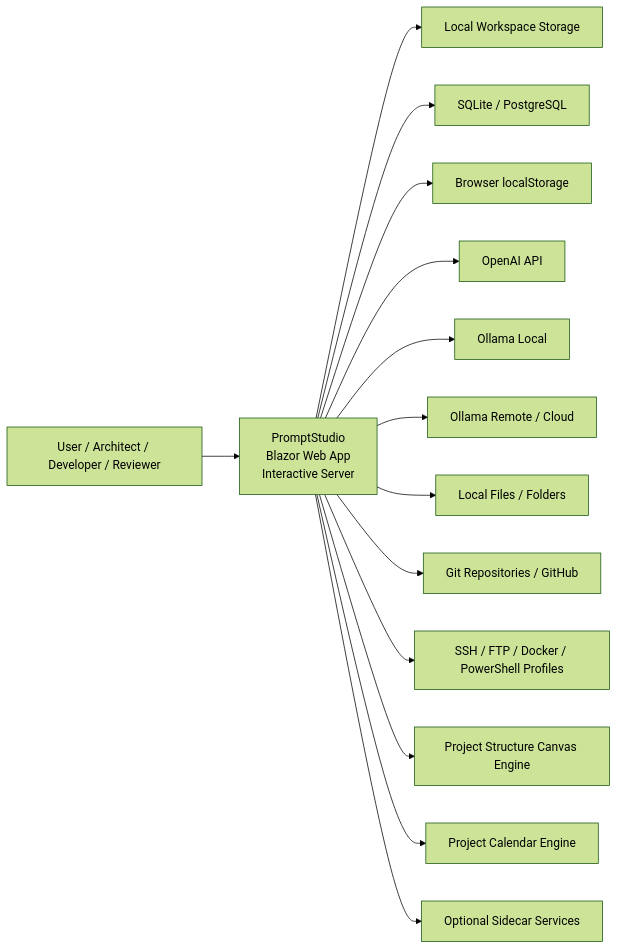
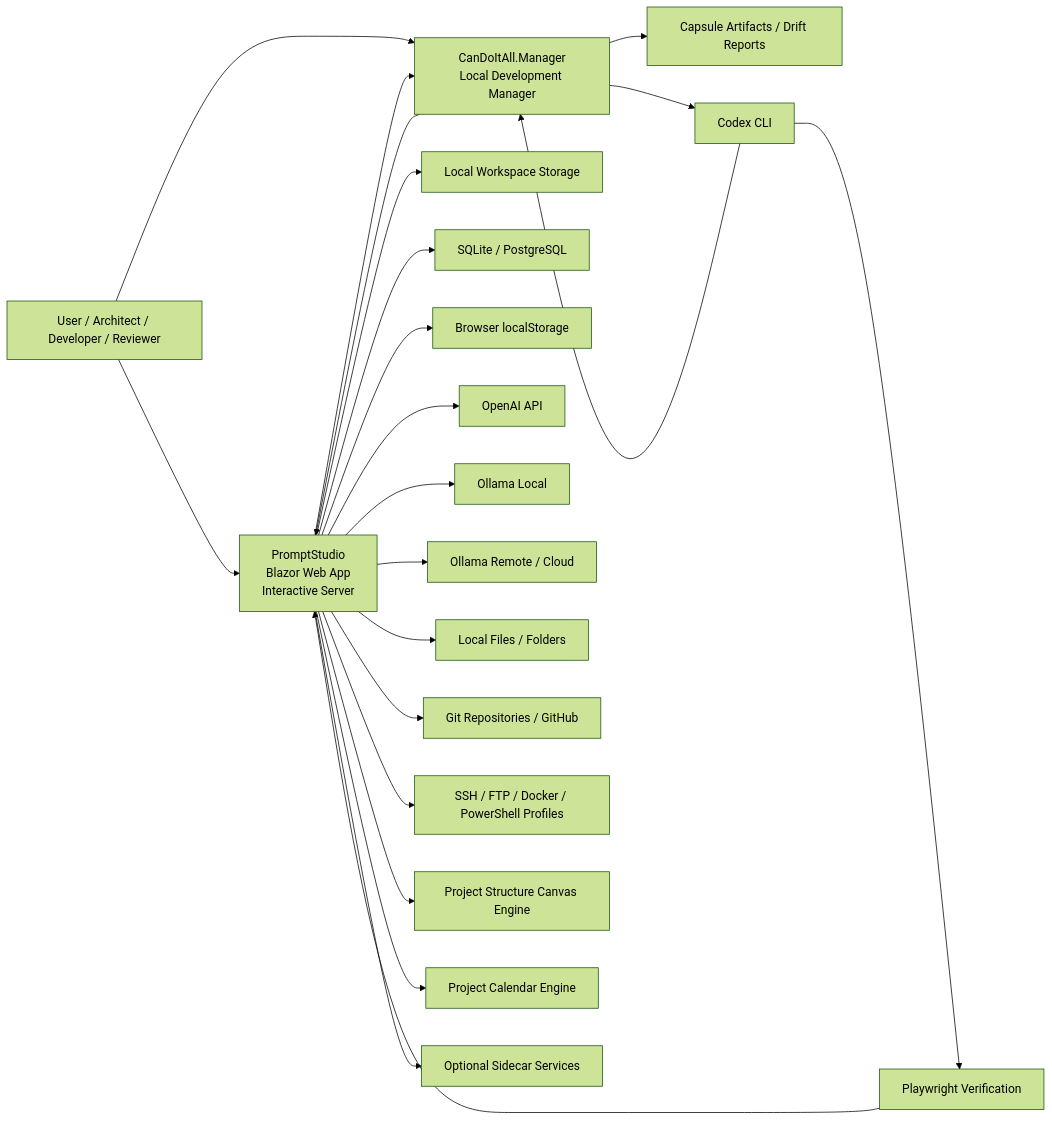
One commit to fyziktom/CanDoItAll changed the diagram in PromptStudio_Architecture_Package/diagrams/01-system-context.mmd. Above: the diagram before and after it, drawn with Mermaid (forest theme). The commit also changed 25 other files, not shown here.

```diff
--- a/PromptStudio_Architecture_Package/diagrams/01-system-context.mmd
+++ b/PromptStudio_Architecture_Package/diagrams/01-system-context.mmd
@@ -1,30 +1,42 @@
 %% 01-system-context.mmd
 flowchart LR
     User["User / Architect / Developer / Reviewer"]
     PromptStudio["PromptStudio<br/>Blazor Web App<br/>Interactive Server"]
+    Manager["CanDoItAll.Manager<br/>Local Development Manager"]
     Workspace["Local Workspace Storage"]
     DB["SQLite / PostgreSQL"]
     BrowserState["Browser localStorage"]
+    CapsuleArtifacts["Capsule Artifacts / Drift Reports"]
+    CodexCli["Codex CLI"]
+    Playwright["Playwright Verification"]
     OpenAI["OpenAI API"]
     OllamaLocal["Ollama Local"]
     OllamaRemote["Ollama Remote / Cloud"]
     FileSystem["Local Files / Folders"]
     Repo["Git Repositories / GitHub"]
     Connectors["SSH / FTP / Docker / PowerShell Profiles"]
     Canvas["Project Structure Canvas Engine"]
     Calendar["Project Calendar Engine"]
     Sidecars["Optional Sidecar Services"]
 
     User --> PromptStudio
+    User --> Manager
     PromptStudio --> Workspace
     PromptStudio --> DB
     PromptStudio --> BrowserState
+    PromptStudio --> Manager
+    Manager --> PromptStudio
+    Manager --> CapsuleArtifacts
+    Manager --> CodexCli
+    CodexCli --> Manager
+    CodexCli --> Playwright
+    Playwright --> PromptStudio
     PromptStudio --> OpenAI
     PromptStudio --> OllamaLocal
     PromptStudio --> OllamaRemote
     PromptStudio --> FileSystem
     PromptStudio --> Repo
     PromptStudio --> Connectors
     PromptStudio --> Canvas
     PromptStudio --> Calendar
     PromptStudio --> Sidecars
```
